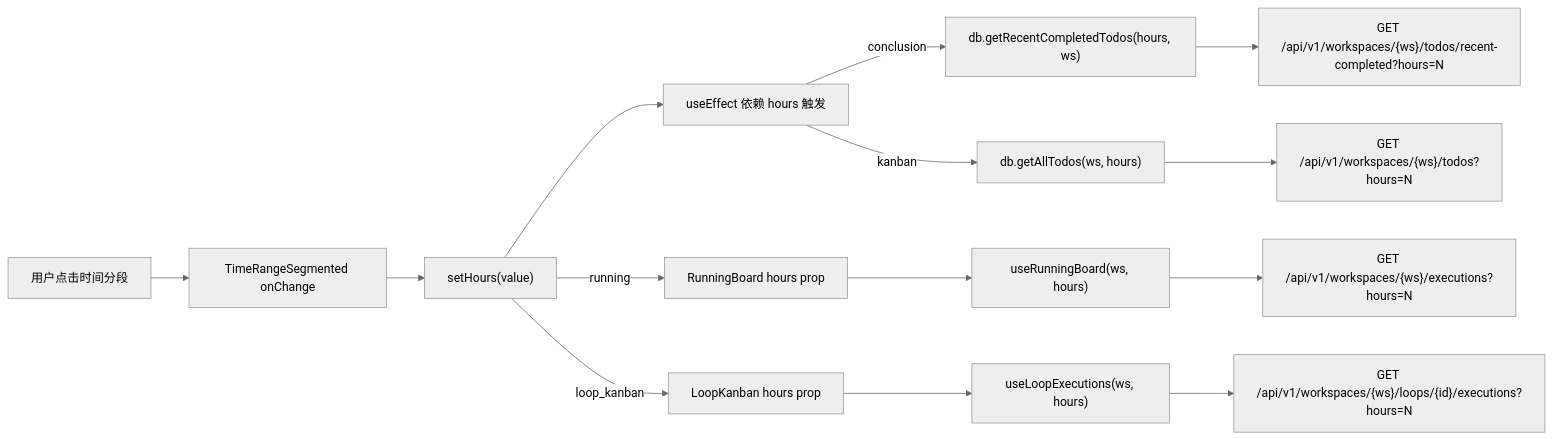
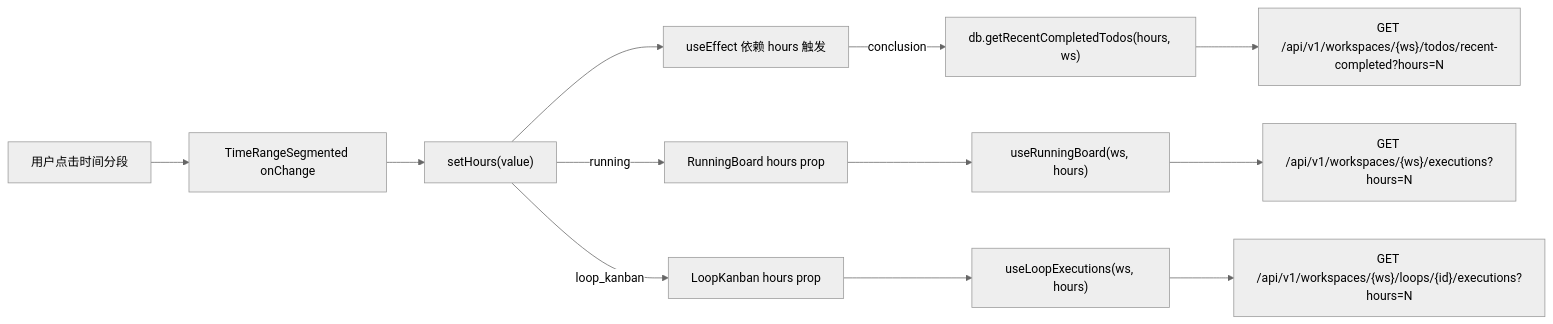
The first of 4 diagrams in frontend/src/help/pages/board-time-filter.md (weibaohui/ntd), drawn with Mermaid (neutral theme) before and after one commit. The commit also changed other lines of this file and 1 other file, not shown here.

First line of the commit message:
fix(097): 修评审——清理 board-search/board-time-filter 过时的看板视图引用

````diff
--- a/frontend/src/help/pages/board-time-filter.md
+++ b/frontend/src/help/pages/board-time-filter.md
@@ -9,16 +9,14 @@
 ```mermaid
 flowchart LR
   U[用户点击时间分段] --> TRS["TimeRangeSegmented onChange"]
   TRS --> SH["setHours(value)"]
   SH --> MEM["useEffect 依赖 hours 触发"]
   MEM -->|conclusion| DB1["db.getRecentCompletedTodos(hours, ws)"]
-  MEM -->|kanban| DB2["db.getAllTodos(ws, hours)"]
   SH -->|running| RB["RunningBoard hours prop"]
   RB --> DB3["useRunningBoard(ws, hours)"]
   SH -->|loop_kanban| LK["LoopKanban hours prop"]
   LK --> DB4["useLoopExecutions(ws, hours)"]
   DB1 --> API1["GET /api/v1/workspaces/{ws}/todos/recent-completed?hours=N"]
-  DB2 --> API2["GET /api/v1/workspaces/{ws}/todos?hours=N"]
   DB3 --> API3["GET /api/v1/workspaces/{ws}/executions?hours=N"]
   DB4 --> API4["GET /api/v1/workspaces/{ws}/loops/{id}/executions?hours=N"]
 ```
````
